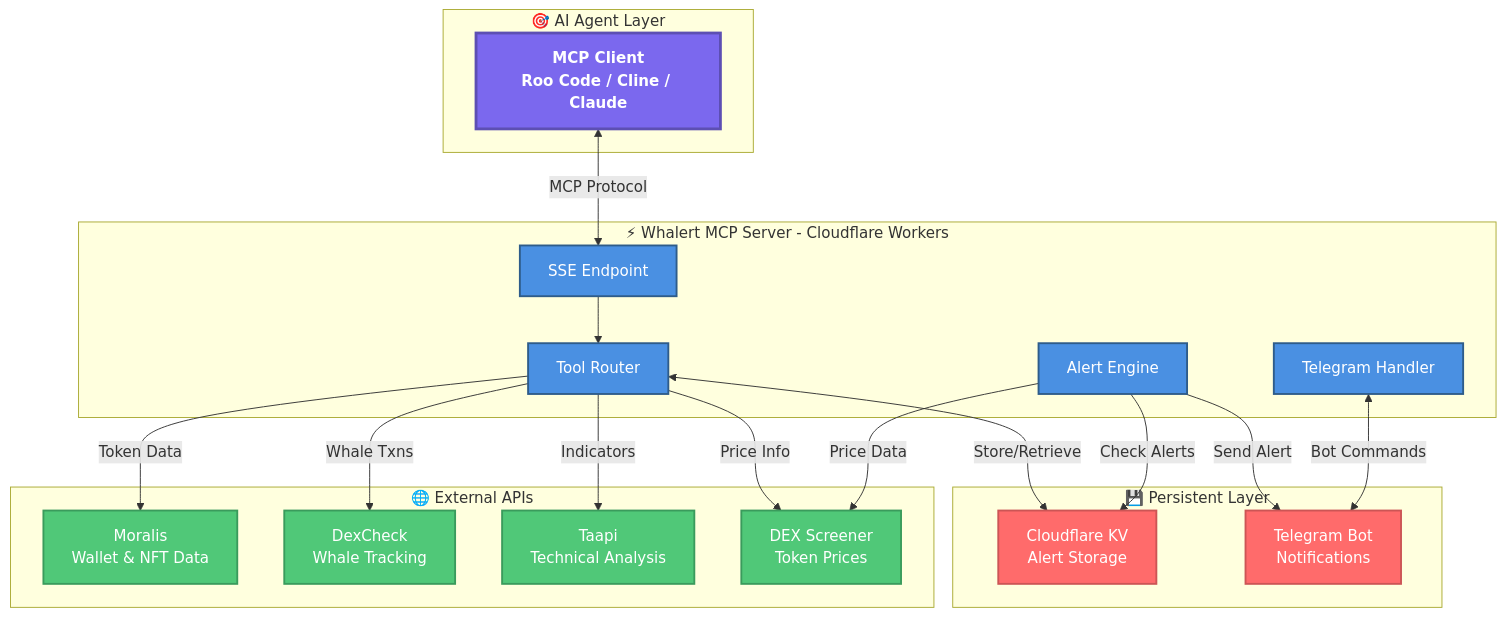
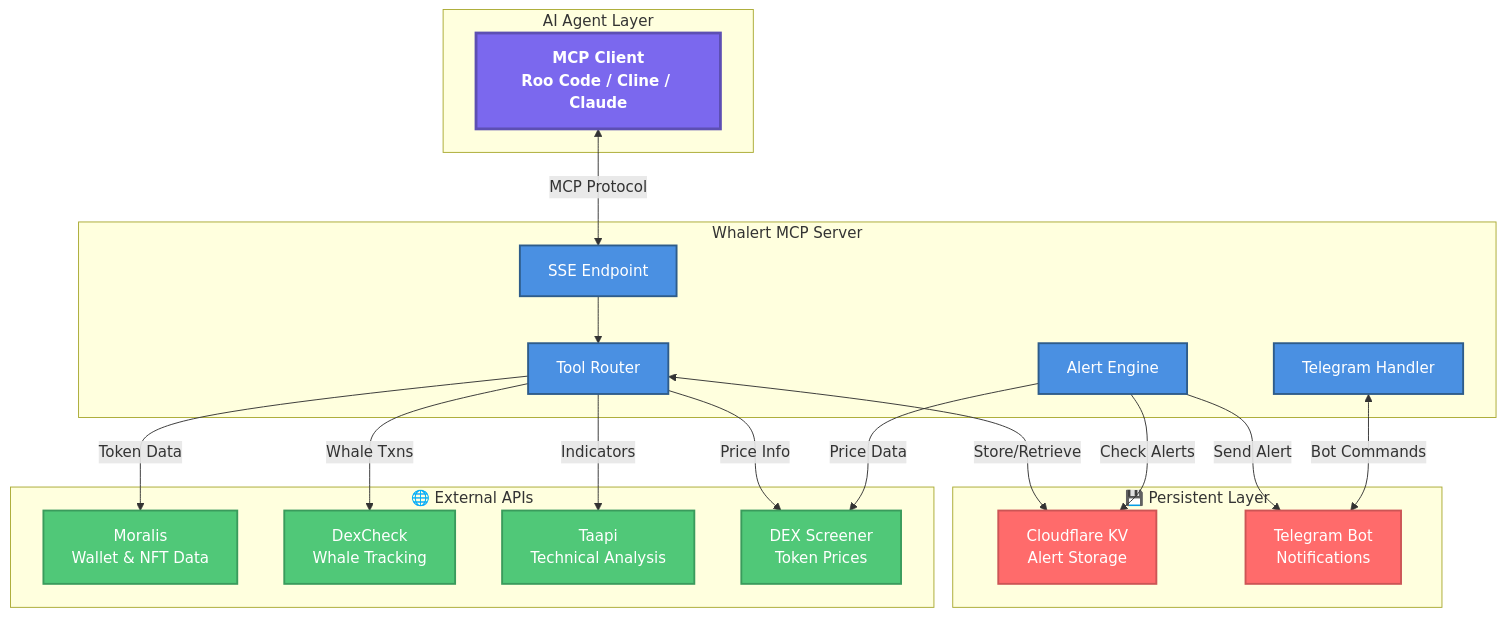
The diagram in README.md (SuReaper/Whalert), drawn with Mermaid before and after one commit.

Commit message:
Updated Project

````diff
--- a/README.md
+++ b/README.md
@@ -141,47 +141,47 @@
 ```mermaid
 graph TB
-    subgraph Client["🎯 AI Agent Layer"]
+    subgraph Client["AI Agent Layer"]
         A[MCP Client<br/>Roo Code / Cline / Claude]
     end
     
-    subgraph Server["⚡ Whalert MCP Server - Cloudflare Workers"]
+    subgraph Server["Whalert MCP Server"]
         B[SSE Endpoint]
         C[Tool Router]
         D[Alert Engine]
         E[Telegram Handler]
     end
     
     subgraph APIs["🌐 External APIs"]
         F[Moralis<br/>Wallet & NFT Data]
         G[DexCheck<br/>Whale Tracking]
         H[Taapi<br/>Technical Analysis]
         I[DEX Screener<br/>Token Prices]
     end
     
     subgraph Storage["💾 Persistent Layer"]
         J[Cloudflare KV<br/>Alert Storage]
         K[Telegram Bot<br/>Notifications]
     end
     
     A <-->|MCP Protocol| B
     B --> C
     C -->|Token Data| F
     C -->|Whale Txns| G
     C -->|Indicators| H
     C -->|Price Info| I
     C <-->|Store/Retrieve| J
     D -->|Check Alerts| J
     D -->|Price Data| I
     D -->|Send Alert| K
     E <-->|Bot Commands| K
     
     classDef clientStyle fill:#7B68EE,stroke:#5D4FB3,stroke-width:3px,color:#fff,font-weight:bold
     classDef serverStyle fill:#4A90E2,stroke:#2E5C8A,stroke-width:2px,color:#fff
     classDef apiStyle fill:#50C878,stroke:#3A9B5C,stroke-width:2px,color:#fff
     classDef storageStyle fill:#FF6B6B,stroke:#CC5555,stroke-width:2px,color:#fff
     
     class A clientStyle
     class B,C,D,E serverStyle
     class F,G,H,I apiStyle
     class J,K storageStyle
 ```
````
